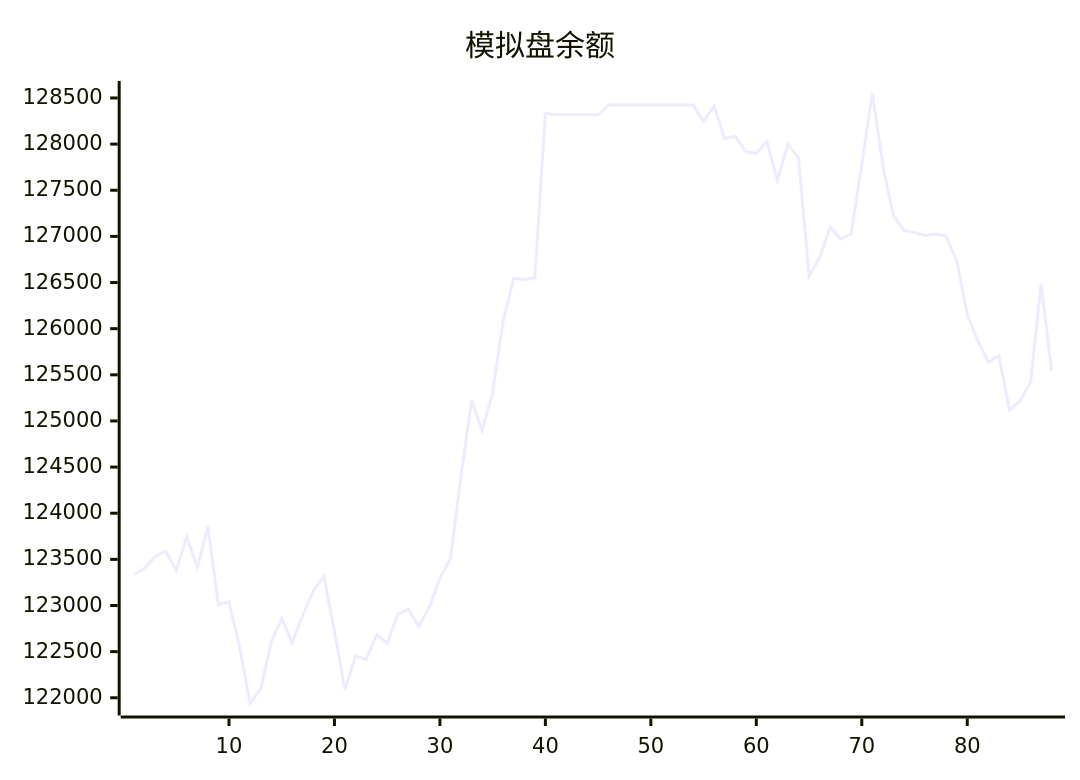
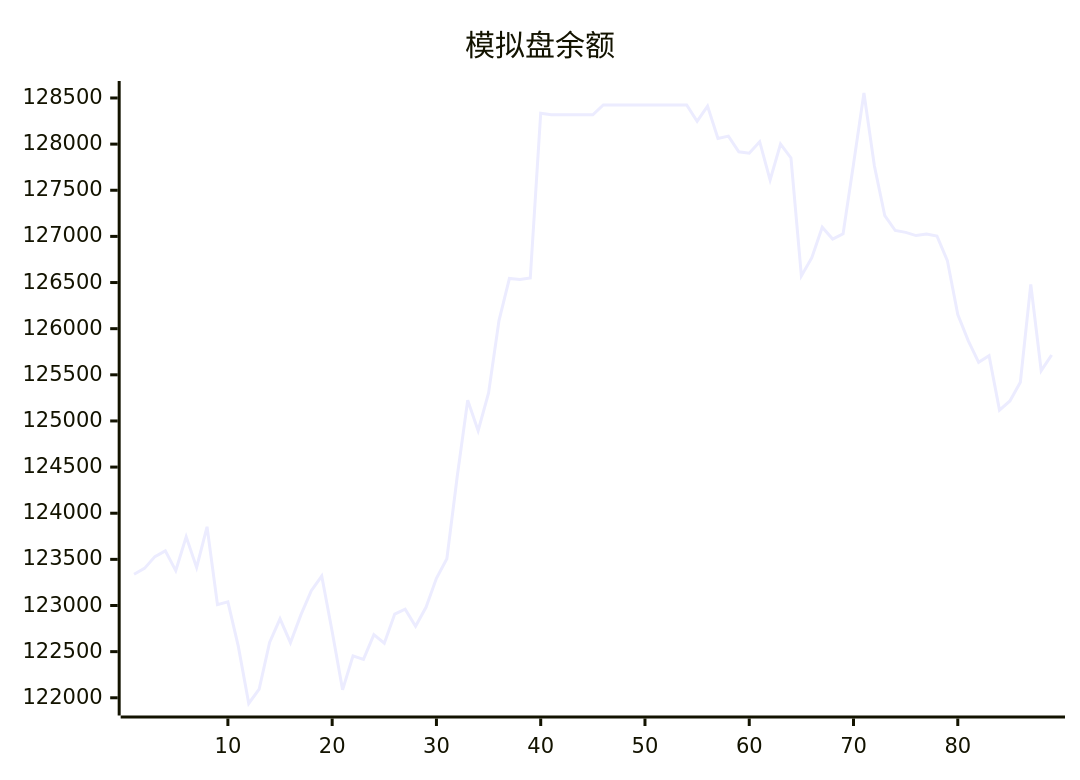
Before and after one commit to aahl/ai-trading: the diagram in README.md, drawn with Mermaid. The commit also changed other lines of this file and 1 other file, not shown here.

````diff
--- a/README.md
+++ b/README.md
@@ -5,5 +5,5 @@
 ```mermaid
 xychart
     title "模拟盘余额"
-    line [123338,123402,123530,123592,123378,123745,123413,123853,123009,123040,122557,121938,122095,122599,122856,122597,122898,123160,123319,122719,122087,122454,122416,122685,122592,122907,122961,122776,122981,123295,123507,124403,125224,124894,125303,126088,126544,126534,126549,128335,128318,128318,128318,128318,128318,128424,128424,128424,128424,128424,128424,128424,128424,128424,128247,128412,128062,128087,127917,127901,128026,127611,128000,127850,126572,126770,127100,126971,127029,127783,128554,127765,127224,127064,127044,127009,127025,127004,126738,126152,125871,125635,125707,125117,125217,125420,126480,125545]
+    line [123338,123402,123530,123592,123378,123745,123413,123853,123009,123040,122557,121938,122095,122599,122856,122597,122898,123160,123319,122719,122087,122454,122416,122685,122592,122907,122961,122776,122981,123295,123507,124403,125224,124894,125303,126088,126544,126534,126549,128335,128318,128318,128318,128318,128318,128424,128424,128424,128424,128424,128424,128424,128424,128424,128247,128412,128062,128087,127917,127901,128026,127611,128000,127850,126572,126770,127100,126971,127029,127783,128554,127765,127224,127064,127044,127009,127025,127004,126738,126152,125871,125635,125707,125117,125217,125420,126480,125545,125715]
 ```
````
